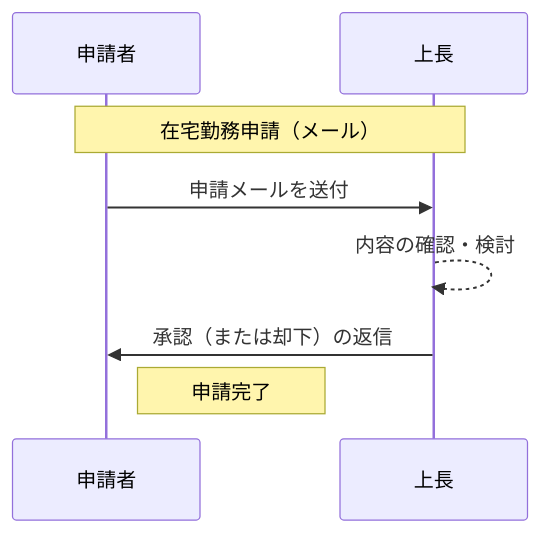
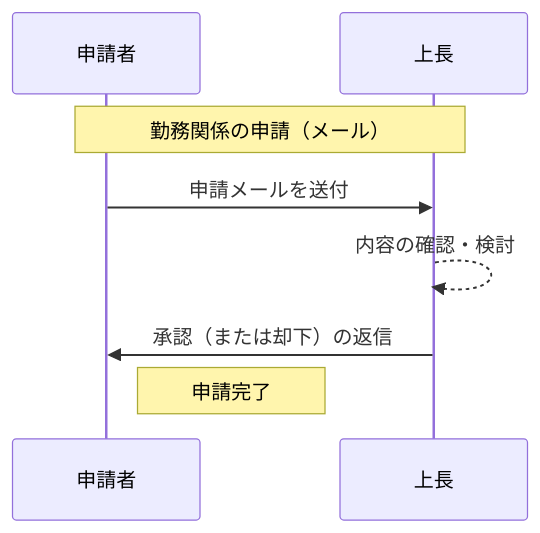
One commit to ctenopoma/Memo changed the first of 4 diagrams in remote_flow/既存業務フロー.md. Above: the diagram before and after it, drawn with Mermaid. The commit also changed other lines of this file and 1 other file, not shown here.

Commit message:
Refactor existing business flow documentation to include various work-related applications and streamline the approval process. Added reminders for overtime applications and updated sequence diagrams accordingly.

````diff
--- a/remote_flow/既存業務フロー.md
+++ b/remote_flow/既存業務フロー.md
@@ -12,11 +17,11 @@
 ```mermaid
 sequenceDiagram
     participant Staff as 申請者
     participant Boss as 上長
-    Note over Staff, Boss: 在宅勤務申請（メール）
+    Note over Staff, Boss: 勤務関係の申請（メール）
 
     Staff->>Boss: 申請メールを送付
     Boss-->>Boss: 内容の確認・検討
     Boss->>Staff: 承認（または却下）の返信
     Note right of Staff: 申請完了
 ```
````
